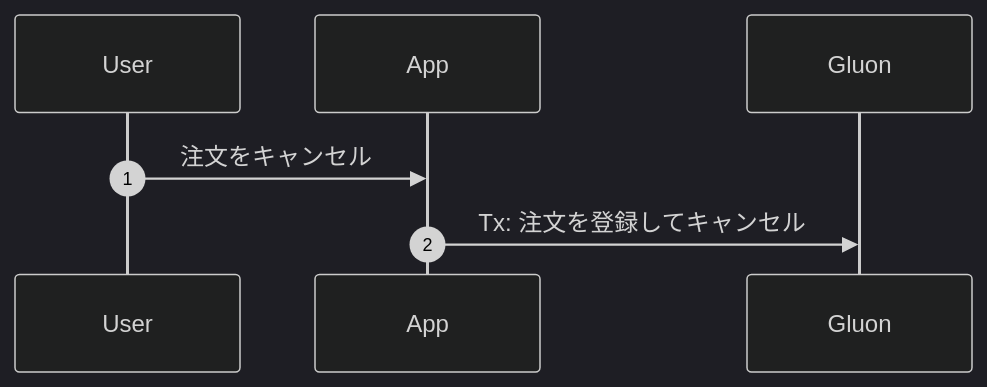
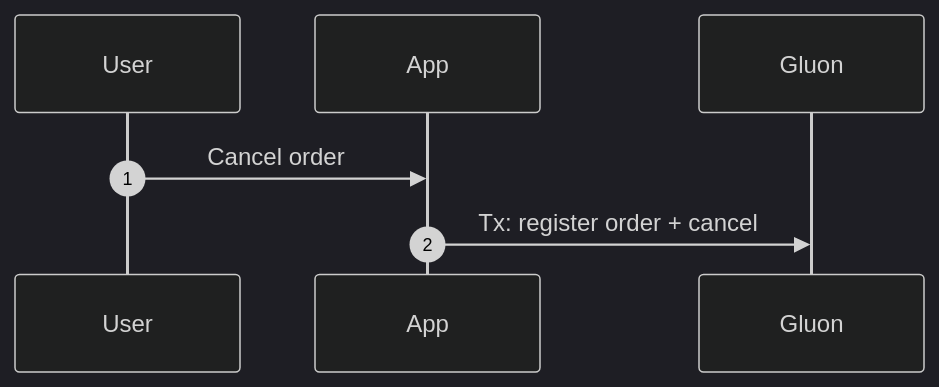
One commit to sunriselayer/gitbook changed the seventh of 8 diagrams in ja/learn/gluon.md. Above: the diagram before and after it, drawn with Mermaid (dark theme). The commit also changed other lines of this file and 19 other files, not shown here.

````diff
--- a/ja/learn/gluon.md
+++ b/ja/learn/gluon.md
@@ -154,6 +154,6 @@
 ```mermaid
 sequenceDiagram
     autonumber
-    User ->> App   : 注文をキャンセル
-    App  ->> Gluon : Tx: 注文を登録してキャンセル
+    User ->> App   : Cancel order
+    App  ->> Gluon : Tx: register order + cancel
 ```
````
